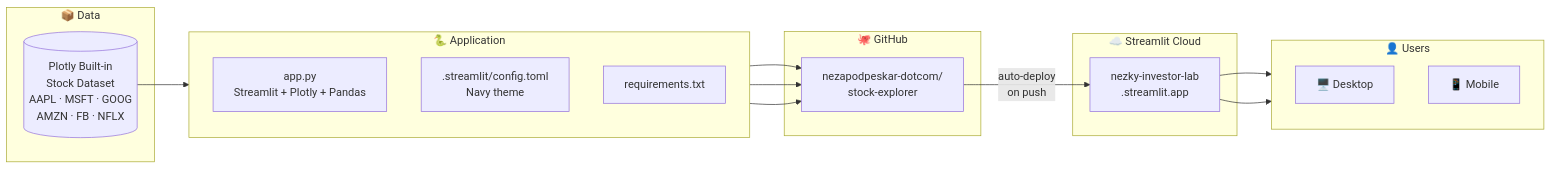
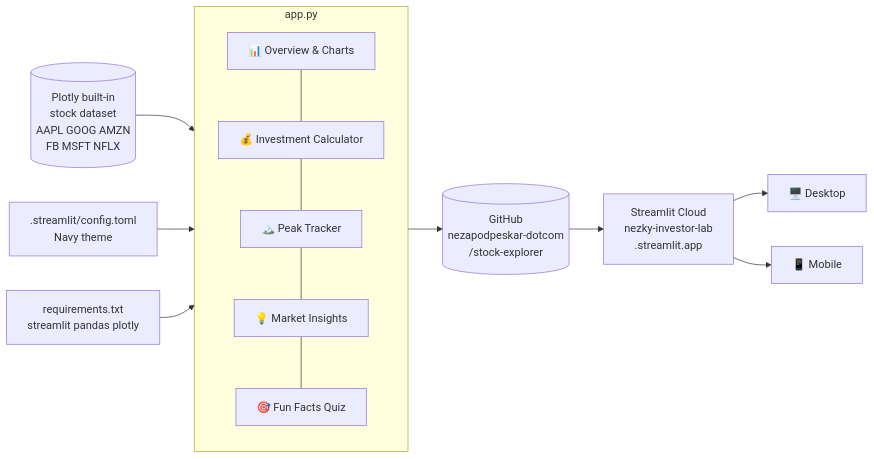
One commit to nezapodpeskar-dotcom/stock-explorer changed the first of 3 diagrams in README.md. Above: the diagram before and after it, drawn with Mermaid. The commit also changed other lines of this file, not shown here.

````diff
--- a/README.md
+++ b/README.md
@@ -15,35 +96,21 @@
 ```mermaid
 flowchart LR
-    subgraph DATA["📦 Data"]
-        PD[("Plotly Built-in\nStock Dataset\nAAPL · MSFT · GOOG\nAMZN · FB · NFLX")]
+    A[("Plotly built-in\nstock dataset\nAAPL GOOG AMZN\nFB MSFT NFLX")] --> B
+
+    subgraph B["app.py"]
+        direction TB
+        B1["📊 Overview & Charts"] --- B2["💰 Investment Calculator"]
+        B2 --- B3["🏔️ Peak Tracker"]
+        B3 --- B4["💡 Market Insights"]
+        B4 --- B5["🎯 Fun Facts Quiz"]
     end
 
-    subgraph APP["🐍 Application"]
-        direction TB
-        A["app.py\nStreamlit + Plotly + Pandas"]
-        C[".streamlit/config.toml\nNavy theme"]
-        R["requirements.txt"]
-    end
+    C[".streamlit/config.toml\nNavy theme"] --> B
+    D["requirements.txt\nstreamlit pandas plotly"] --> B
 
-    subgraph GH["🐙 GitHub"]
-        G["nezapodpeskar-dotcom/\nstock-explorer"]
-    end
+    B --> E[("GitHub\nnezapodpeskar-dotcom\n/stock-explorer")]
+    E --> F["Streamlit Cloud\nnezky-investor-lab\n.streamlit.app"]
 
-    subgraph CLOUD["☁️ Streamlit Cloud"]
-        S["nezky-investor-lab\n.streamlit.app"]
-    end
-
-    subgraph USER["👤 Users"]
-        direction TB
-        D["🖥️ Desktop"]
-        M["📱 Mobile"]
-    end
-
-    PD --> A
-    A --> G
-    C --> G
-    R --> G
-    G -->|"auto-deploy\non push"| S
-    S --> D
-    S --> M
+    F --> G["🖥️ Desktop"]
+    F --> H["📱 Mobile"]
 ```
````
